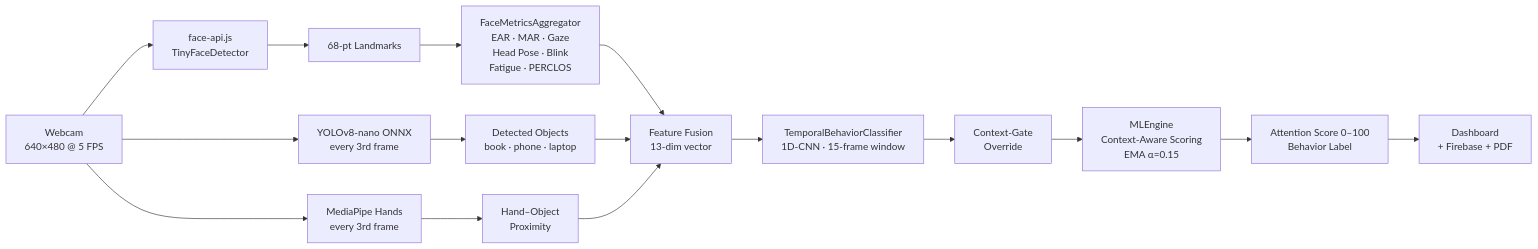
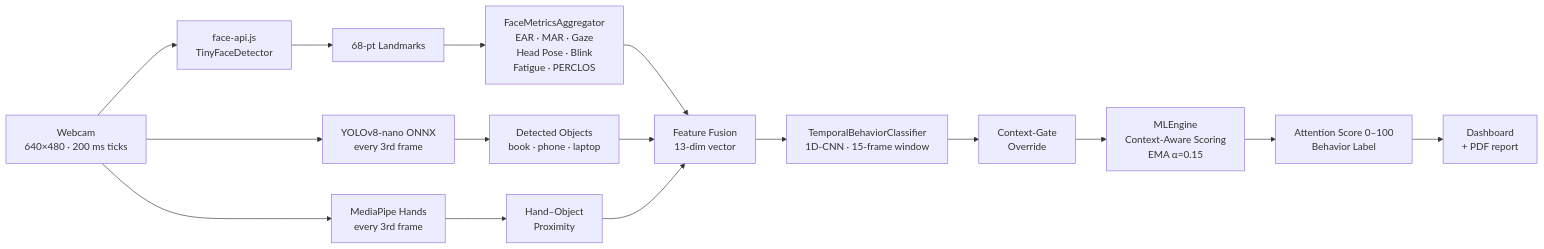
The first of 4 diagrams in README-v1.0.md (hrishikeshjh/AttentionTrackerOSS), drawn with Mermaid before and after one commit. The commit also changed other lines of this file and 10 other files, not shown here.

````diff
--- a/README-v1.0.md
+++ b/README-v1.0.md
@@ -45,19 +45,19 @@
 ```mermaid
 flowchart LR
-    A["Webcam<br/>640×480 @ 5 FPS"] --> B["face-api.js<br/>TinyFaceDetector"]
+    A["Webcam<br/>640×480 · 200 ms ticks"] --> B["face-api.js<br/>TinyFaceDetector"]
     B --> C["68-pt Landmarks"]
     C --> D["FaceMetricsAggregator<br/>EAR · MAR · Gaze<br/>Head Pose · Blink<br/>Fatigue · PERCLOS"]
 
     A --> E["YOLOv8-nano ONNX<br/>every 3rd frame"]
     E --> F["Detected Objects<br/>book · phone · laptop"]
 
     A --> G["MediaPipe Hands<br/>every 3rd frame"]
     G --> H["Hand–Object<br/>Proximity"]
 
     D & F & H --> I["Feature Fusion<br/>13-dim vector"]
     I --> J["TemporalBehaviorClassifier<br/>1D-CNN · 15-frame window"]
     J --> K["Context-Gate<br/>Override"]
     K --> L["MLEngine<br/>Context-Aware Scoring<br/>EMA α=0.15"]
     L --> M["Attention Score 0–100<br/>Behavior Label"]
-    M --> N["Dashboard<br/>+ Firebase + PDF"]
+    M --> N["Dashboard<br/>+ PDF report"]
 ```
````
